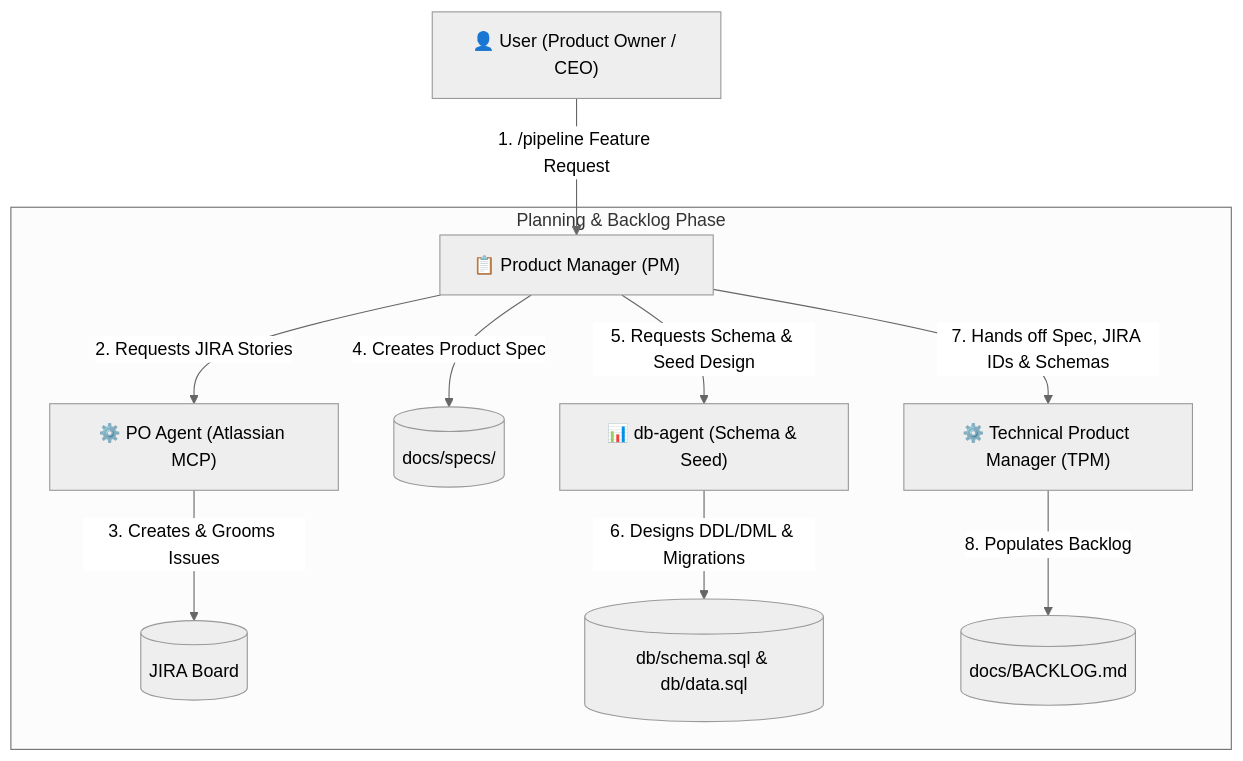
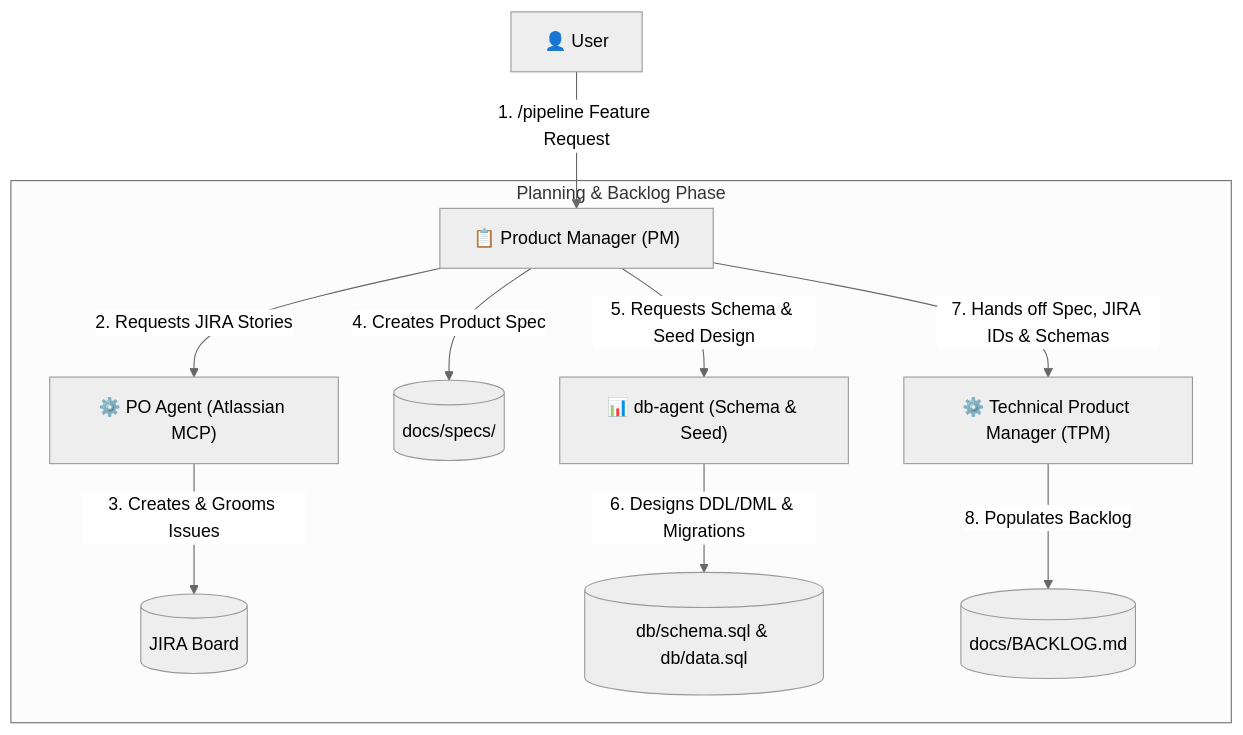
One commit to gitrey/scion-appteam changed the first of 3 diagrams in README.md. Above: the diagram before and after it, drawn with Mermaid (neutral theme).

Commit message:
docs(readme): simplify human node label to User in workflow diagram
- Change the human Product Owner/CEO node label from '👤 User (Product Owner / CEO)' to '👤 User' for extreme visual clarity and to prevent any identity confusion.

````diff
--- a/README.md
+++ b/README.md
@@ -38,14 +38,14 @@
 ```mermaid
 graph TD
-    User["👤 User (Product Owner / CEO)"] -->|1. /pipeline Feature Request| PM["📋 Product Manager (PM)"]
+    User["👤 User"] -->|1. /pipeline Feature Request| PM["📋 Product Manager (PM)"]
     
     subgraph "Planning & Backlog Phase"
         PM -->|2. Requests JIRA Stories| PO["⚙️ PO Agent (Atlassian MCP)"]
         PO -->|3. Creates & Grooms Issues| JIRA[("JIRA Board")]
         PM -->|4. Creates Product Spec| Spec[("docs/specs/")]
         PM -->|5. Requests Schema & Seed Design| DB["📊 db-agent (Schema & Seed)"]
         DB -->|6. Designs DDL/DML & Migrations| DBScripts[("db/schema.sql & db/data.sql")]
         PM -->|7. Hands off Spec, JIRA IDs & Schemas| TPM["⚙️ Technical Product Manager (TPM)"]
         TPM -->|8. Populates Backlog| Backlog[("docs/BACKLOG.md")]
     end
 ```
````
